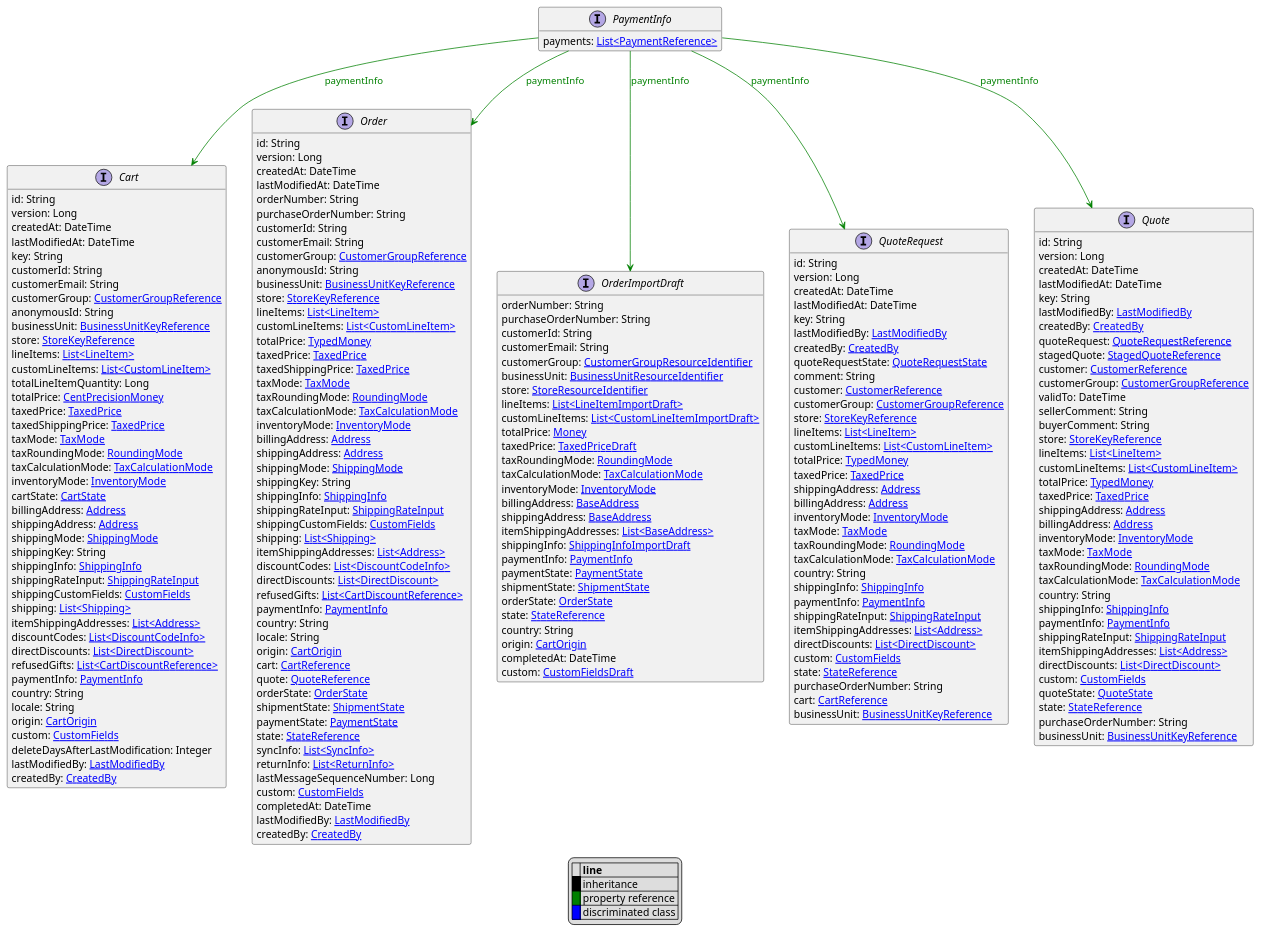
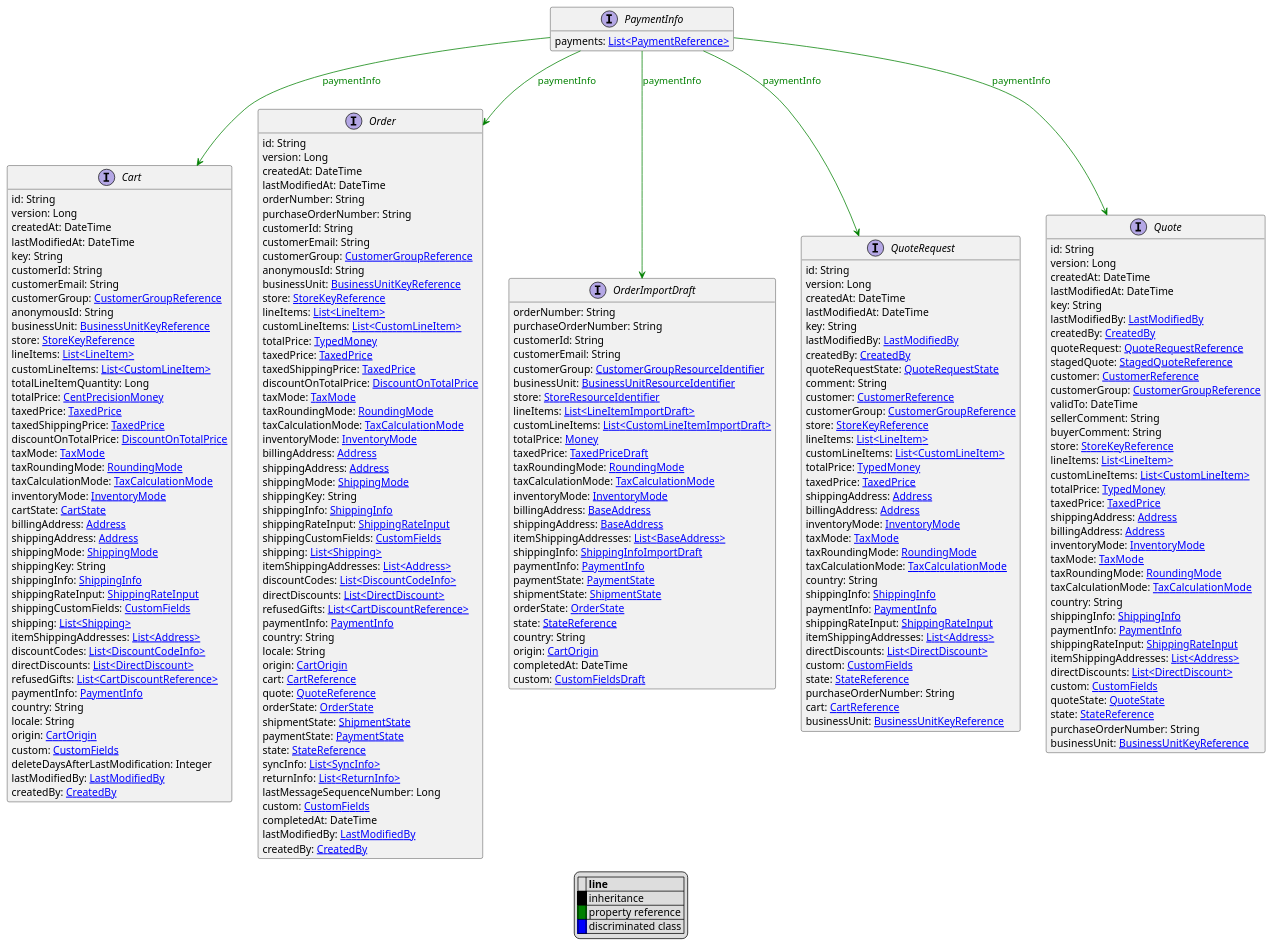
One commit to commercetools/commercetools-api-reference changed the diagram in uml/api/PaymentInfo.puml. Above: the diagram before and after it, drawn with PlantUML. The commit also changed 112 other files, not shown here.

```diff
--- a/uml/api/PaymentInfo.puml
+++ b/uml/api/PaymentInfo.puml
@@ -32,6 +32,7 @@
     totalPrice: [[CentPrecisionMoney.svg CentPrecisionMoney]]
     taxedPrice: [[TaxedPrice.svg TaxedPrice]]
     taxedShippingPrice: [[TaxedPrice.svg TaxedPrice]]
+    discountOnTotalPrice: [[DiscountOnTotalPrice.svg DiscountOnTotalPrice]]
     taxMode: [[TaxMode.svg TaxMode]]
     taxRoundingMode: [[RoundingMode.svg RoundingMode]]
     taxCalculationMode: [[TaxCalculationMode.svg TaxCalculationMode]]
@@ -76,6 +77,7 @@
     totalPrice: [[TypedMoney.svg TypedMoney]]
     taxedPrice: [[TaxedPrice.svg TaxedPrice]]
     taxedShippingPrice: [[TaxedPrice.svg TaxedPrice]]
+    discountOnTotalPrice: [[DiscountOnTotalPrice.svg DiscountOnTotalPrice]]
     taxMode: [[TaxMode.svg TaxMode]]
     taxRoundingMode: [[RoundingMode.svg RoundingMode]]
     taxCalculationMode: [[TaxCalculationMode.svg TaxCalculationMode]]
```
